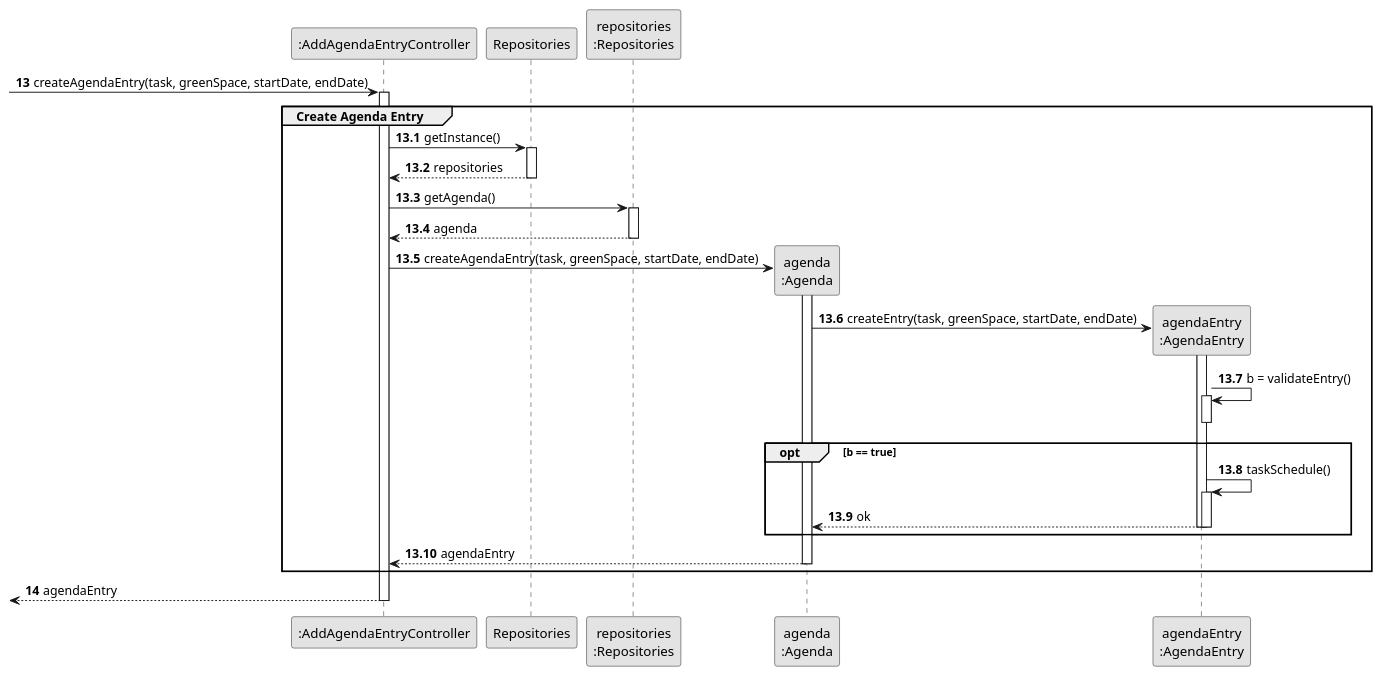
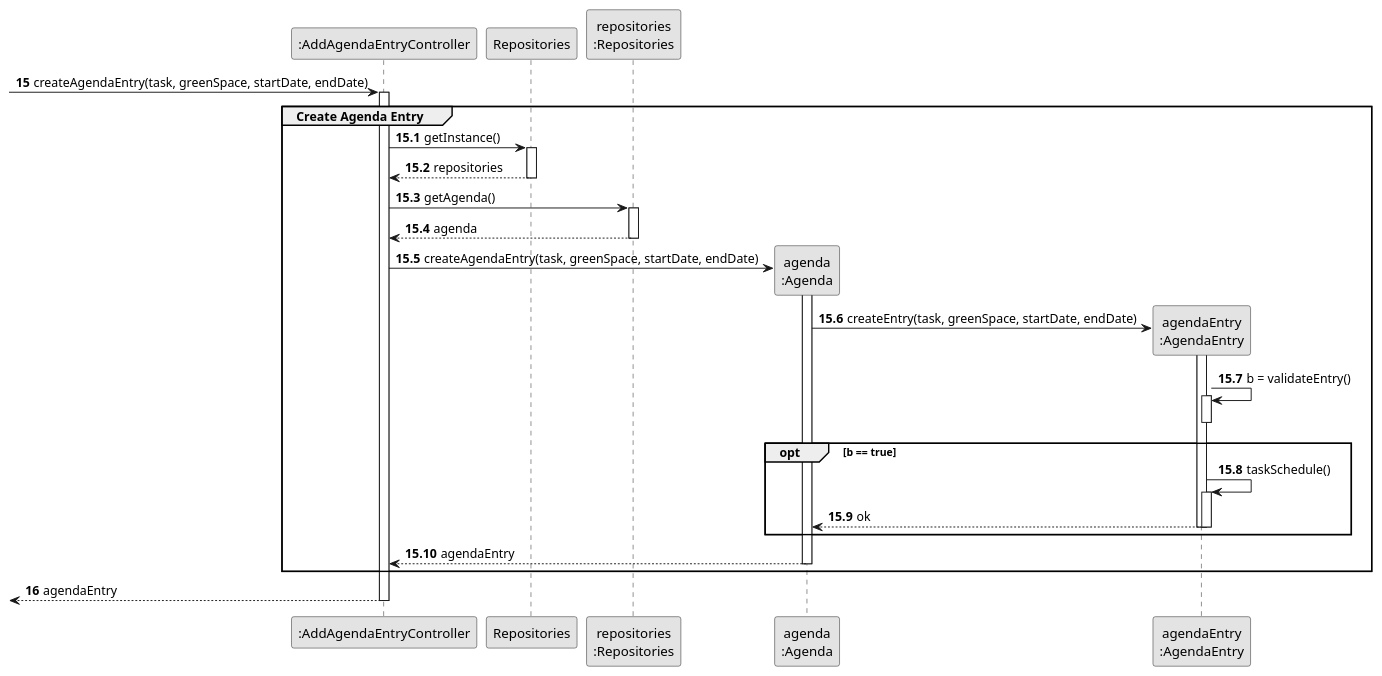
The diagram in docs/sprintC/us022/03.design/puml/us022-sequence-diagram-partial-create-agenda-entry.puml (diogoveirospro/lei-24-s2-1dg-g072), drawn with PlantUML before and after one commit. The commit also changed 17 other files, not shown here.

```diff
--- a/docs/sprintC/us022/03.design/puml/us022-sequence-diagram-partial-create-agenda-entry.puml
+++ b/docs/sprintC/us022/03.design/puml/us022-sequence-diagram-partial-create-agenda-entry.puml
@@ -1,62 +1,62 @@
 @startuml
 skinparam monochrome true
 skinparam packageStyle rectangle
 skinparam shadowing false
 
 participant ":AddAgendaEntryController" as CTRL
 participant Repositories
 participant "repositories\n:Repositories" as REP
 participant "agenda\n:Agenda" as AGENDA
 participant "agendaEntry\n:AgendaEntry" as AGENDAENTRY
 
-autonumber 13
+autonumber 15
 -> CTRL: createAgendaEntry(task, greenSpace, startDate, endDate)
 
-autonumber 13.1
+autonumber 15.1
 activate CTRL
     group Create Agenda Entry
 
 
             CTRL -> Repositories: getInstance()
             activate Repositories
 
                 Repositories --> CTRL: repositories
             deactivate Repositories
 
             CTRL -> REP: getAgenda()
             activate REP
 
                 REP --> CTRL: agenda
             deactivate REP
 
             CTRL -> AGENDA** : createAgendaEntry(task, greenSpace, startDate, endDate)
             activate AGENDA
 
                 AGENDA -> AGENDAENTRY** : createEntry(task, greenSpace, startDate, endDate)
                 activate AGENDAENTRY
 
                 AGENDAENTRY -> AGENDAENTRY : b = validateEntry()
                 activate AGENDAENTRY
                 deactivate AGENDAENTRY
 
                 opt b == true
                 AGENDAENTRY -> AGENDAENTRY : taskSchedule()
                 activate AGENDAENTRY
 
                     AGENDAENTRY --> AGENDA : ok
                 deactivate AGENDAENTRY
 
                 deactivate AGENDAENTRY
                 end
 
                 AGENDA --> CTRL : agendaEntry
                 deactivate AGENDA
 
     end
 
-    autonumber 14
+    autonumber 16
     <-- CTRL : agendaEntry
 deactivate CTRL
 
 
 @enduml
```
